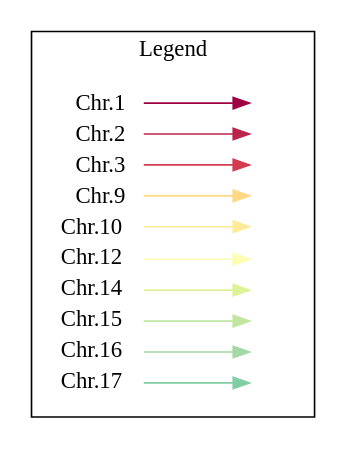
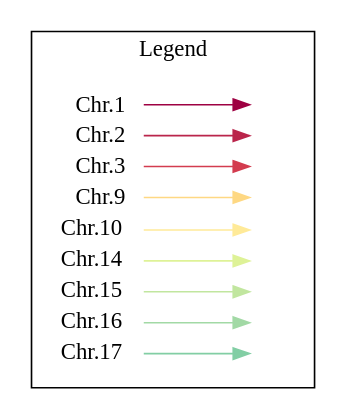
The diagram in results/visualizeCCAOnPheno/STAGE00DATA/graphviz/legGraphWoutBC.gv (VasLem/brain-shape-asymmetry-genetics), drawn with Graphviz before and after one commit. The commit also changed 373 other files, not shown here.

```diff
--- a/results/visualizeCCAOnPheno/STAGE00DATA/graphviz/legGraphWoutBC.gv
+++ b/results/visualizeCCAOnPheno/STAGE00DATA/graphviz/legGraphWoutBC.gv
@@ -1,39 +1,36 @@
 digraph {
 rankdir=LR
 node [shape=plaintext]
 subgraph cluster_01 {rank=same; key1, key2 
 label = "Legend";
  key1 [label=<<table border="0" cellpadding="2" cellspacing="0" cellborder="0">[
 <tr><td align="right" port="i1" >Chr.1</td></tr>
 <tr><td align="right" port="i2" >Chr.2</td></tr>
 <tr><td align="right" port="i3" >Chr.3</td></tr>
 <tr><td align="right" port="i9" >Chr.9</td></tr>
 <tr><td align="right" port="i10" >Chr.10</td></tr>
-<tr><td align="right" port="i12" >Chr.12</td></tr>
 <tr><td align="right" port="i14" >Chr.14</td></tr>
 <tr><td align="right" port="i15" >Chr.15</td></tr>
 <tr><td align="right" port="i16" >Chr.16</td></tr>
 <tr><td align="right" port="i17" >Chr.17</td></tr></table>>]
  key2 [label=<<table border="0" cellpadding="2" cellspacing="0" cellborder="0">[
 <tr><td port="i1">&nbsp;</td></tr>
 <tr><td port="i2">&nbsp;</td></tr>
 <tr><td port="i3">&nbsp;</td></tr>
 <tr><td port="i9">&nbsp;</td></tr>
 <tr><td port="i10">&nbsp;</td></tr>
-<tr><td port="i12">&nbsp;</td></tr>
 <tr><td port="i14">&nbsp;</td></tr>
 <tr><td port="i15">&nbsp;</td></tr>
 <tr><td port="i16">&nbsp;</td></tr>
 <tr><td port="i17">&nbsp;</td></tr></table>>]
 key1:i1:e -> key2:i1:w [color="#9E0142"]
 key1:i2:e -> key2:i2:w [color="#BA254B"]
 key1:i3:e -> key2:i3:w [color="#D33C4F"]
 key1:i9:e -> key2:i9:w [color="#FED883"]
 key1:i10:e -> key2:i10:w [color="#FFEA98"]
-key1:i12:e -> key2:i12:w [color="#FCFEB1"]
 key1:i14:e -> key2:i14:w [color="#DEF297"]
 key1:i15:e -> key2:i15:w [color="#C1E69F"]
 key1:i16:e -> key2:i16:w [color="#A2D9A5"]
 key1:i17:e -> key2:i17:w [color="#82CEA4"]
 }
 }
```
